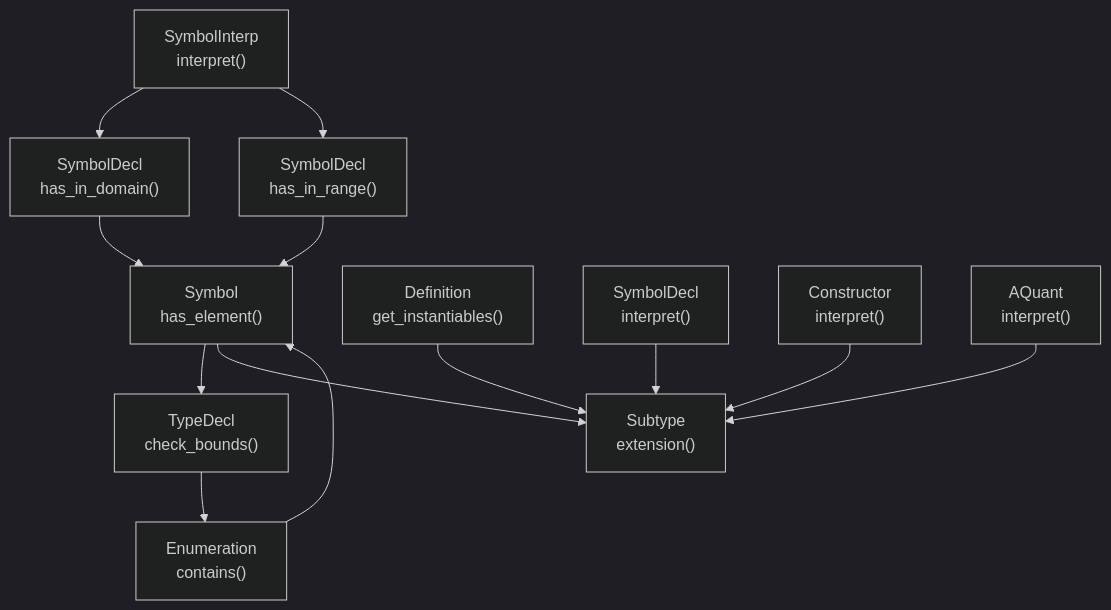
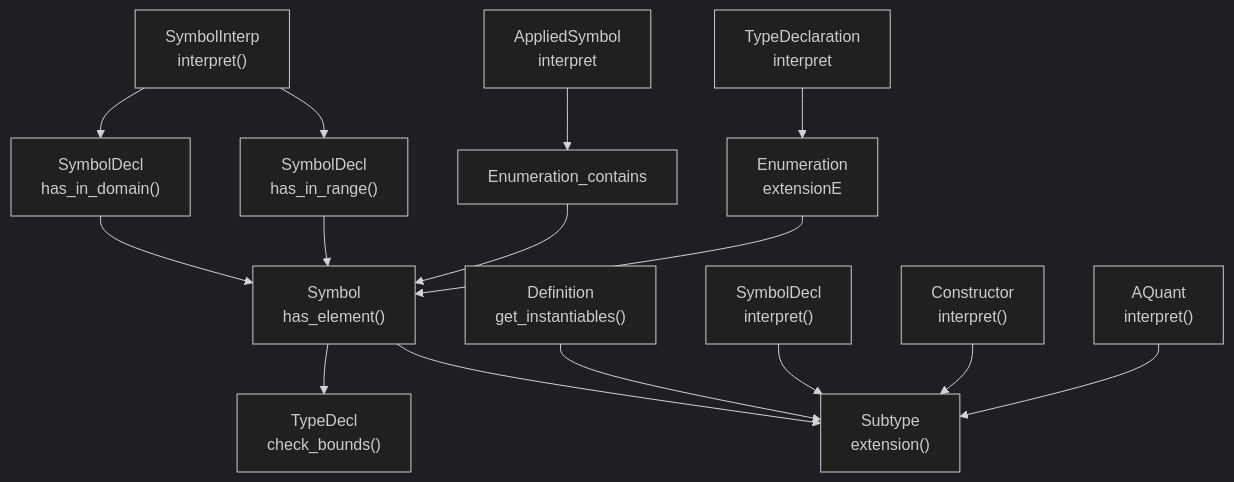
The diagram in docs/zettlr/Partial function.md (Sobhangh/IDP-Z3), drawn with Mermaid (dark theme) before and after one commit. The commit also changed 9 other files, not shown here.

Commit message:
Enumeration.extensionE()

````diff
--- a/docs/zettlr/Partial function.md
+++ b/docs/zettlr/Partial function.md
@@ -29,14 +29,16 @@
 ```mermaid
 flowchart TD
-	Symbol_has_element["Symbol<br/>has_element()"] --> TypeDecl_check_bounds["TypeDecl<br/>check_bounds()"] --> Enumeration_contains["Enumeration<br/>contains()"];
+	Symbol_has_element["Symbol<br/>has_element()"] --> TypeDecl_check_bounds["TypeDecl<br/>check_bounds()"];
 	SymbolInterpretation_interpret["SymbolInterp<br/>interpret()"] --> SymbolDeclaration_has_in_domain["SymbolDecl<br/>has_in_domain()"];
 	SymbolInterpretation_interpret --> SymbolDeclaration_has_in_range["SymbolDecl<br/>has_in_range()"];
 	SymbolDeclaration_has_in_domain --> Symbol_has_element;
 	SymbolDeclaration_has_in_range --> Symbol_has_element;
 	Enumeration_contains --> Symbol_has_element;
 	Definition_get_instantiables["Definition<br/>get_instantiables()"] --> Subtype_extension["Subtype<br/>extension()"];
 	Symbol_has_element --> Subtype_extension;
 	SymbolDeclaration_interpret["SymbolDecl<br/>interpret()"] --> Subtype_extension;
 	Constructor_interpret["Constructor<br/>interpret()"] --> Subtype_extension;
 	AQuantification_interpret["AQuant<br/>interpret()"] --> Subtype_extension;
+	AppliedSymbol_interpret[AppliedSymbol<br/>interpret] --> Enumeration_contains;
+	TypeDeclaration_interpret[TypeDeclaration<br/>interpret] --> Enumeration_extensionE[Enumeration<br/>extensionE] --> Symbol_has_element;
 ```
````
